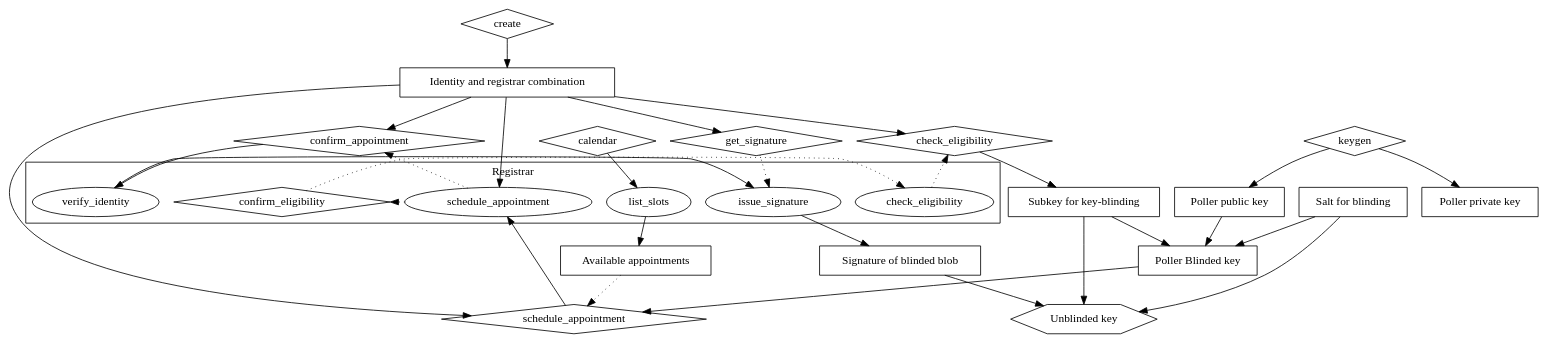
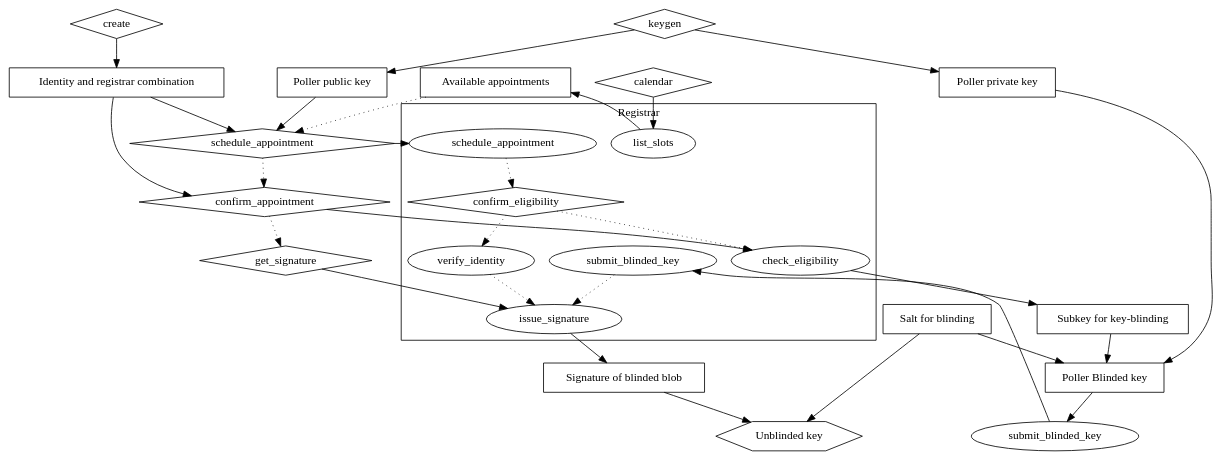
Before and after one commit to securepollingsystem/securepolling: the diagram in doc/securepolling.dot, drawn with Graphviz. The commit also changed 1 other file, not shown here.

Commit message:
flowchart

```diff
--- a/doc/securepolling.dot
+++ b/doc/securepolling.dot
@@ -1,67 +1,62 @@
 // Registrar process
 digraph {
   subgraph cluster_Registrar {
     label="Registrar"
     r_list_slots [label="list_slots"]
     r_schedule_appointment [label="schedule_appointment"]
     r_verify_identity [label="verify_identity"]
     r_check_eligibility [label="check_eligibility"]
     r_issue_signature [label="issue_signature"]
+    r_submit_blinded_key [label="submit_blinded_key"]
+    r_confirm_eligibility -> r_check_eligibility [style="dotted"]
     r_confirm_eligibility [label="confirm_eligibility" shape="diamond"]
-    r_schedule_appointment -> r_confirm_eligibility -> r_check_eligibility [constraint="false" style="dotted"]
-    r_verify_identity -> r_issue_signature [constraint="false"]
+    r_schedule_appointment -> r_confirm_eligibility -> r_verify_identity -> r_issue_signature [style="dotted"]
+    r_submit_blinded_key -> r_issue_signature [style="dotted"]
   }
 
   // Step 1
   create [shape="diamond"]
   Identity [label="Identity and registrar combination" shape="box"]
 
   create -> Identity
 
   keygen [shape="diamond"]
   Public [label="Poller public key" shape="box"]
   Private [label="Poller private key" shape="box"]
 
   keygen -> Public
   keygen -> Private
 
   calendar [shape="diamond"]
   Appointments [label="Available appointments" shape="box"]
   calendar -> r_list_slots -> Appointments
-
   Appointments -> schedule_appointment [style="dotted"]
-  Identity -> r_schedule_appointment
-
-  CheckEligibility [label="check_eligibility" shape="diamond"]
-  r_check_eligibility -> CheckEligibility [style="dotted"]
-  Identity -> CheckEligibility -> Subkey
 
   Subkey [label="Subkey for key-blinding" shape="box"]
   Salt [label="Salt for blinding" shape="box"]
 
   Blinded [label="Poller Blinded key" shape="box"]
+  Private -> Blinded
   Subkey -> Blinded
   Salt -> Blinded
-  Public -> Blinded
 
-  schedule_appointment [shape="diamond"]
+  schedule_appointment, get_signature [shape="diamond"]
   Identity -> schedule_appointment
-  Blinded  -> schedule_appointment -> r_schedule_appointment
-  r_schedule_appointment -> confirm_appointment [style="dotted"]
+  Public  -> schedule_appointment -> r_schedule_appointment
+  schedule_appointment -> confirm_appointment -> get_signature [style="dotted"]
+  get_signature -> r_issue_signature
   Identity -> confirm_appointment
   confirm_appointment [shape="diamond"]
 
-  // Step 2
-  confirm_appointment -> r_verify_identity
-  Identity -> get_signature
-  get_signature [shape="diamond"]
-  get_signature -> r_issue_signature [style=dotted]
+  Blinded -> submit_blinded_key
+  submit_blinded_key -> r_submit_blinded_key
+
+  confirm_appointment -> r_check_eligibility -> Subkey
   r_issue_signature -> SignedBlinded
   SignedBlinded [label="Signature of blinded blob" shape="box"]
 
   Salt -> Unblinded
-  Subkey -> Unblinded
   SignedBlinded -> Unblinded
 
   Unblinded [shape="hexagon" label="Unblinded key"]
 }
```
